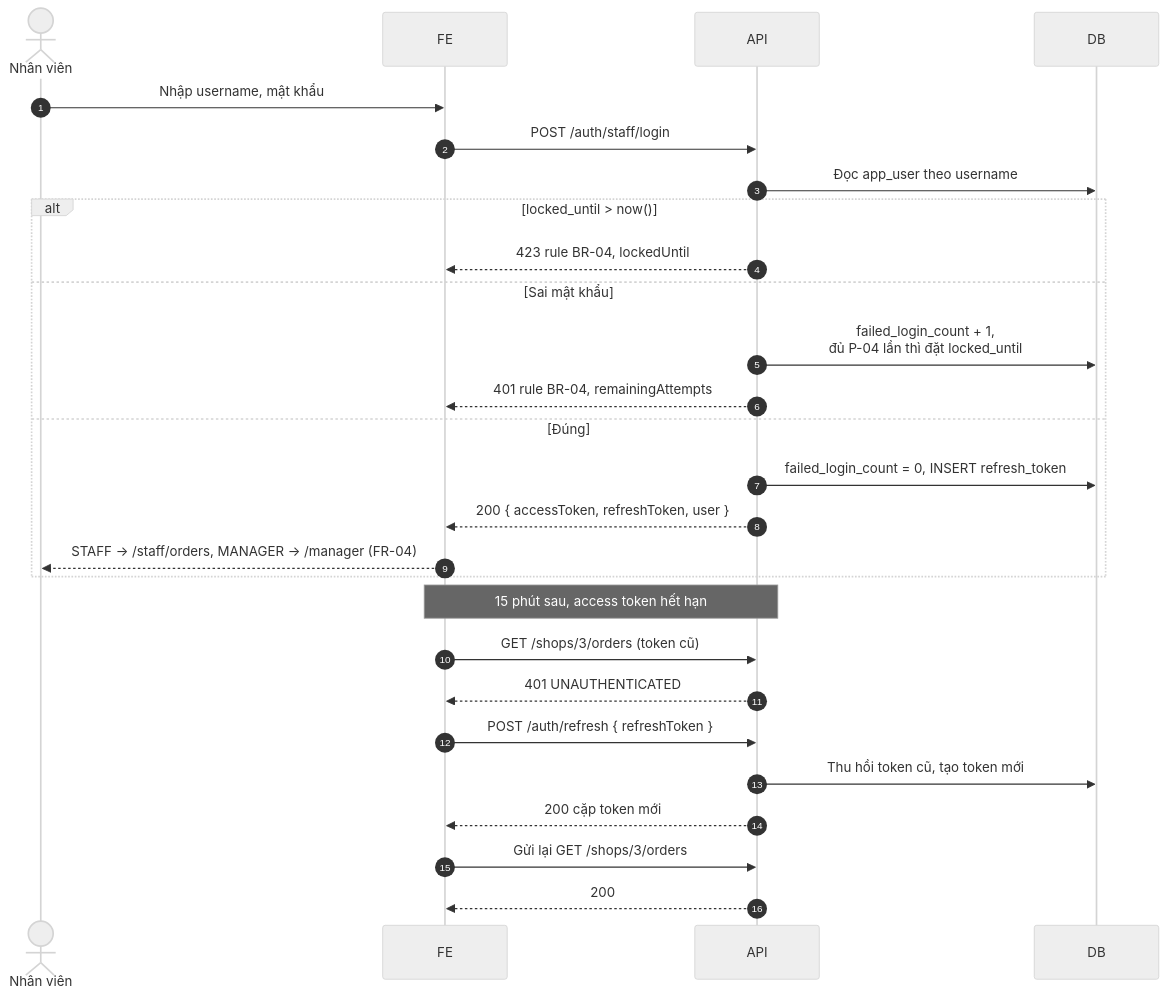
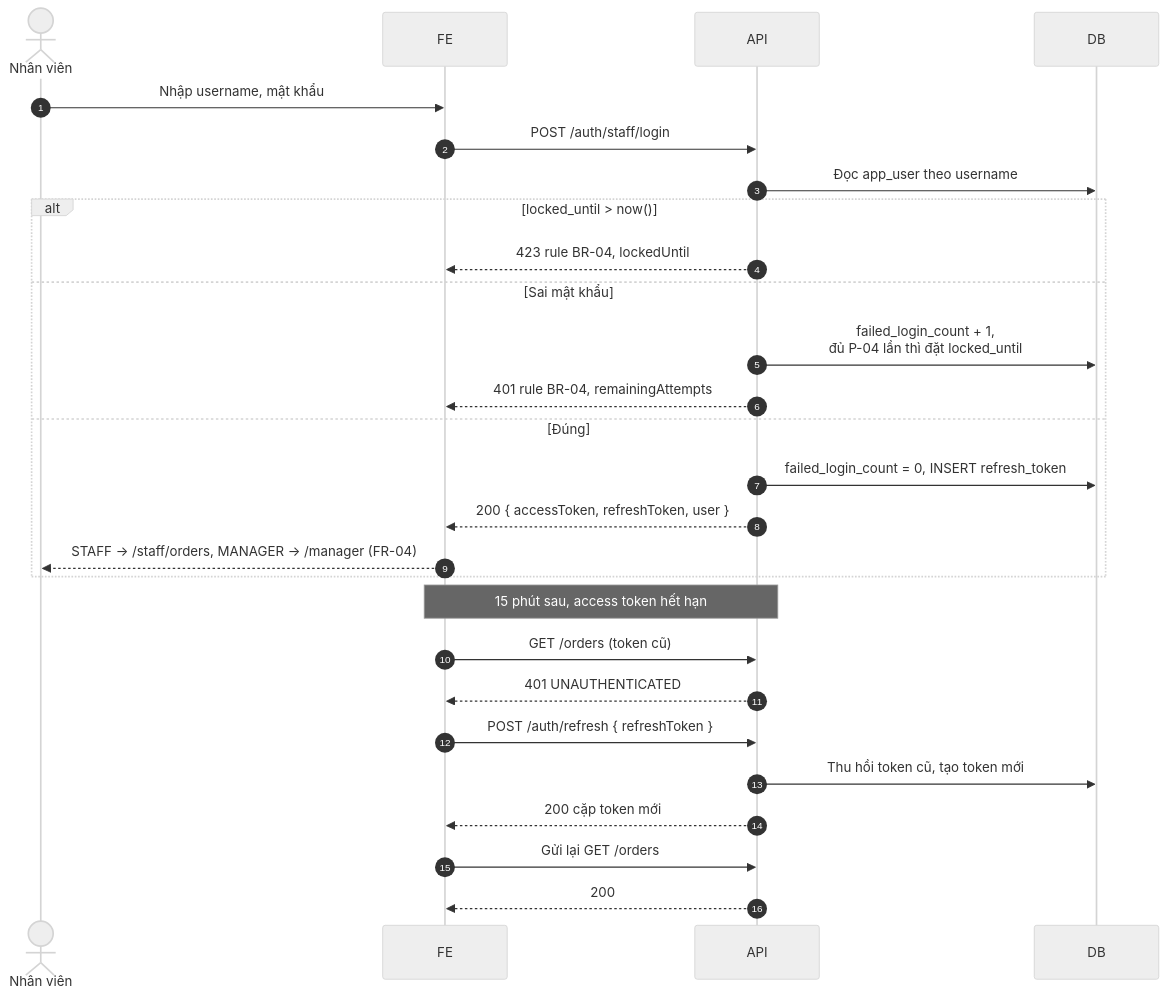
Before and after one commit to ThanhQuy-wolf/Coffee-Shop-Backup: the fourth of 7 diagrams in docs/07-sequence.md, drawn with Mermaid (neutral theme). The commit also changed other lines of this file and 65 other files, not shown here.

````diff
--- a/docs/07-sequence.md
+++ b/docs/07-sequence.md
@@ -142,31 +142,31 @@
 ```mermaid
 sequenceDiagram
     autonumber
     actor NV as Nhân viên
     participant FE
     participant API
     participant DB
 
     NV->>FE: Nhập username, mật khẩu
     FE->>API: POST /auth/staff/login
     API->>DB: Đọc app_user theo username
     alt locked_until > now()
         API-->>FE: 423 rule BR-04, lockedUntil
     else Sai mật khẩu
         API->>DB: failed_login_count + 1,<br/>đủ P-04 lần thì đặt locked_until
         API-->>FE: 401 rule BR-04, remainingAttempts
     else Đúng
         API->>DB: failed_login_count = 0, INSERT refresh_token
         API-->>FE: 200 { accessToken, refreshToken, user }
         FE-->>NV: STAFF → /staff/orders, MANAGER → /manager (FR-04)
     end
 
     Note over FE,API: 15 phút sau, access token hết hạn
-    FE->>API: GET /shops/3/orders (token cũ)
+    FE->>API: GET /orders (token cũ)
     API-->>FE: 401 UNAUTHENTICATED
     FE->>API: POST /auth/refresh { refreshToken }
     API->>DB: Thu hồi token cũ, tạo token mới
     API-->>FE: 200 cặp token mới
-    FE->>API: Gửi lại GET /shops/3/orders
+    FE->>API: Gửi lại GET /orders
     API-->>FE: 200
 ```
````
